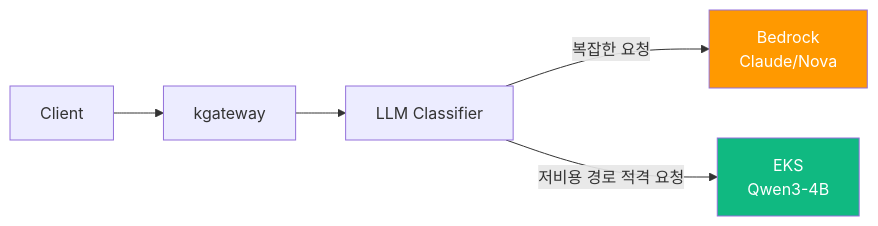
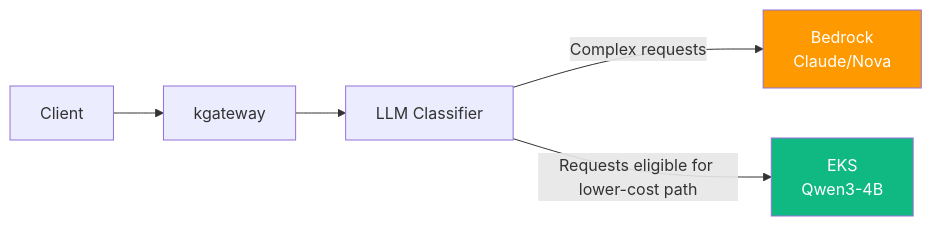
The fifth of 7 diagrams in docs/agentic-ai-platform/design-architecture/platform-selection/ai-platform-decision-framework.md (devfloor9/engineering-playbook), drawn with Mermaid before and after one commit. The commit also changed other lines of this file and 954 other files, not shown here.

````diff
--- a/docs/agentic-ai-platform/design-architecture/platform-selection/ai-platform-decision-framework.md
+++ b/docs/agentic-ai-platform/design-architecture/platform-selection/ai-platform-decision-framework.md
@@ -249,10 +249,10 @@
 ```mermaid
 flowchart LR
     Client --> GW["kgateway"]
     GW --> Classifier["LLM Classifier"]
-    Classifier -->|"복잡한 요청"| Bedrock["Bedrock<br/>Claude/Nova"]
-    Classifier -->|"저비용 경로 적격 요청"| SLM["EKS<br/>Qwen3-4B"]
+    Classifier -->|"Complex requests"| Bedrock["Bedrock<br/>Claude/Nova"]
+    Classifier -->|"Requests eligible for lower-cost path"| SLM["EKS<br/>Qwen3-4B"]
     
     style Bedrock fill:#ff9900,color:#fff
     style SLM fill:#10b981,color:#fff
 ```
````
